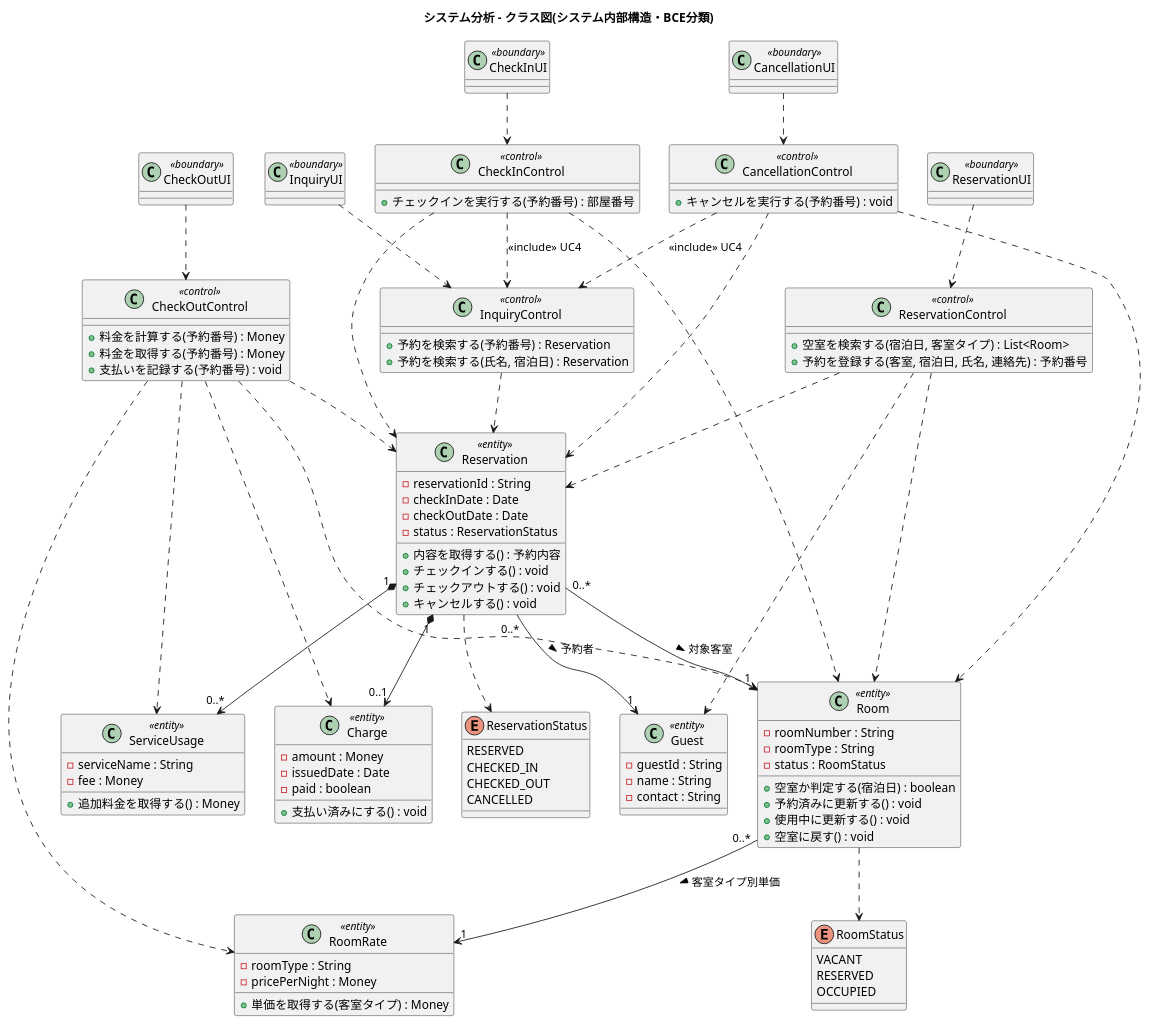
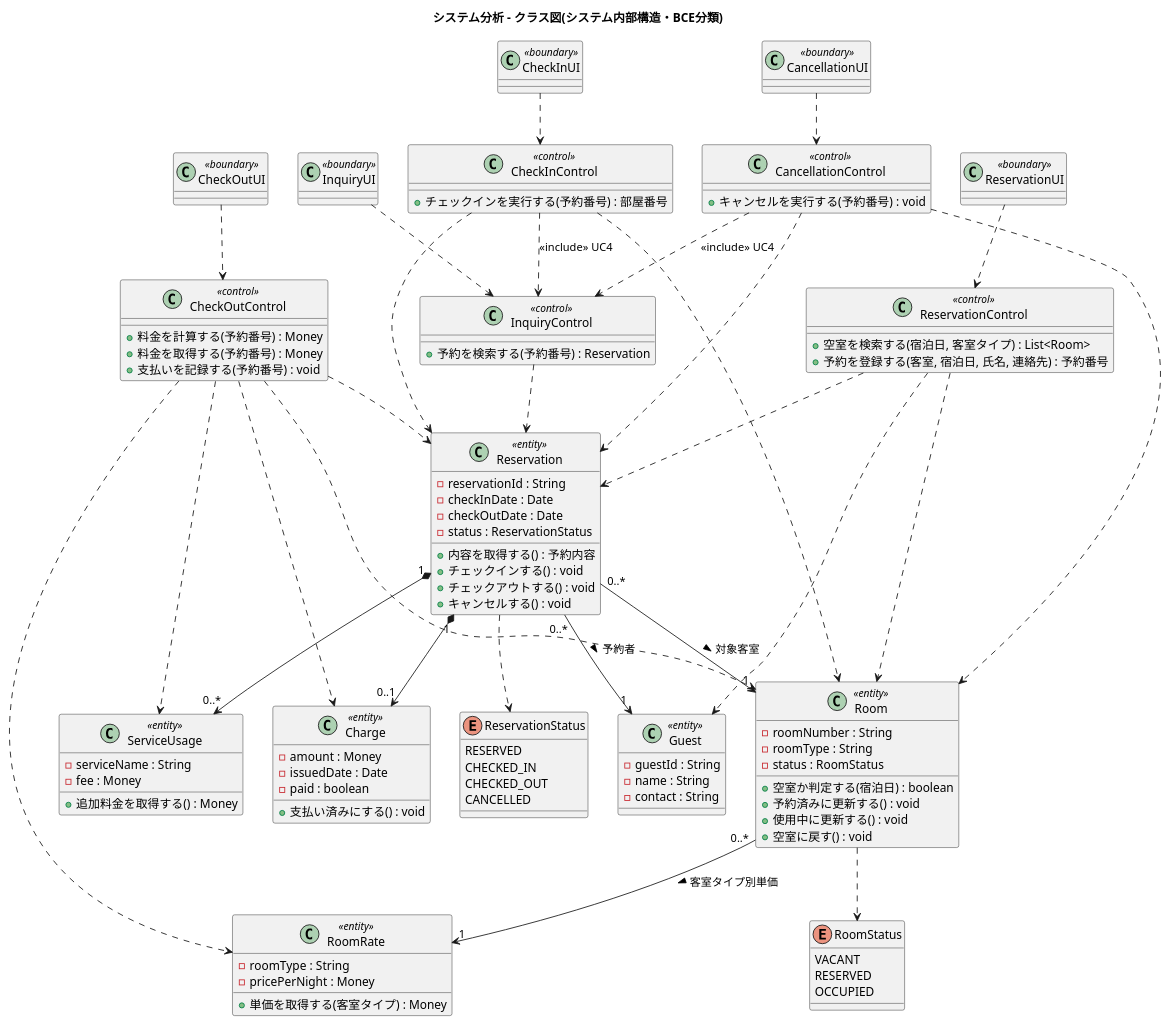
One commit to doguto/waseda-hrs changed the diagram in docs/uml/09_system_class_diagram.puml. Above: the diagram before and after it, drawn with PlantUML. The commit also changed 9 other files, not shown here.

First line of the commit message:
docs(uml): 裏付けのない代替フローを削除して整合させる

```diff
--- a/docs/uml/09_system_class_diagram.puml
+++ b/docs/uml/09_system_class_diagram.puml
@@ -1,133 +1,132 @@
 @startuml 09_system_class_diagram
 title システム分析 - クラス図(システム内部構造・BCE分類)
 
 ' アクター(利用者・フロント係)はシステム外部のためクラスとしては扱わない。
 ' Guestは利用者の「記録」を保持するエンティティ。
 ' 操作名はコラボレーション図(08a〜08e)のメッセージ名と一対一に対応させる。
 
 ' ===== バウンダリ =====
 class ReservationUI <<boundary>>
 class InquiryUI <<boundary>>
 class CheckInUI <<boundary>>
 class CheckOutUI <<boundary>>
 class CancellationUI <<boundary>>
 
 ' ===== コントロール =====
 class ReservationControl <<control>> {
   +空室を検索する(宿泊日, 客室タイプ) : List<Room>
   +予約を登録する(客室, 宿泊日, 氏名, 連絡先) : 予約番号
 }
 class InquiryControl <<control>> {
   +予約を検索する(予約番号) : Reservation
-  +予約を検索する(氏名, 宿泊日) : Reservation
 }
 class CheckInControl <<control>> {
   +チェックインを実行する(予約番号) : 部屋番号
 }
 class CheckOutControl <<control>> {
   +料金を計算する(予約番号) : Money
   +料金を取得する(予約番号) : Money
   +支払いを記録する(予約番号) : void
 }
 class CancellationControl <<control>> {
   +キャンセルを実行する(予約番号) : void
 }
 
 ' ===== エンティティ =====
 class Guest <<entity>> {
   -guestId : String
   -name : String
   -contact : String
 }
 class Reservation <<entity>> {
   -reservationId : String
   -checkInDate : Date
   -checkOutDate : Date
   -status : ReservationStatus
   +内容を取得する() : 予約内容
   +チェックインする() : void
   +チェックアウトする() : void
   +キャンセルする() : void
 }
 class Room <<entity>> {
   -roomNumber : String
   -roomType : String
   -status : RoomStatus
   +空室か判定する(宿泊日) : boolean
   +予約済みに更新する() : void
   +使用中に更新する() : void
   +空室に戻す() : void
 }
 class RoomRate <<entity>> {
   -roomType : String
   -pricePerNight : Money
   +単価を取得する(客室タイプ) : Money
 }
 class ServiceUsage <<entity>> {
   -serviceName : String
   -fee : Money
   +追加料金を取得する() : Money
 }
 class Charge <<entity>> {
   -amount : Money
   -issuedDate : Date
   -paid : boolean
   +支払い済みにする() : void
 }
 
 enum RoomStatus {
   VACANT
   RESERVED
   OCCUPIED
 }
 enum ReservationStatus {
   RESERVED
   CHECKED_IN
   CHECKED_OUT
   CANCELLED
 }
 
 ' ===== エンティティ間の関連(多重度はコラボレーション図のオブジェクト数と対応) =====
 ' 誘導可能性(矢印)は実装の参照方向に一致させる。いずれも一方向で、
 ' 逆向きに辿る必要のある操作は存在しない。
 '   Reservation → Guest / Room : Reservation が予約者と対象客室への参照を保持する
 '   Reservation → Charge / ServiceUsage : 予約を起点に請求・追加サービスを取得する
 '   Room → RoomRate : 客室タイプをキーに単価を引く
 Reservation "0..*" --> "1" Guest : 予約者 >
 Reservation "0..*" --> "1" Room : 対象客室 >
 ' Charge と ServiceUsage は予約に従属し、予約なしでは存在しえない
 ' (DBでも reservation_id が NOT NULL の外部キー)ため合成集約で表す。
 ' 一方 Guest・Room・RoomRate は予約と独立に存在するため単純な関連にとどめる。
 Reservation "1" *--> "0..1" Charge
 Reservation "1" *--> "0..*" ServiceUsage
 Room "0..*" --> "1" RoomRate : 客室タイプ別単価 >
 Room ..> RoomStatus
 Reservation ..> ReservationStatus
 
 ' ===== バウンダリ → コントロール =====
 ReservationUI ..> ReservationControl
 InquiryUI ..> InquiryControl
 CheckInUI ..> CheckInControl
 CheckOutUI ..> CheckOutControl
 CancellationUI ..> CancellationControl
 
 ' ===== コントロール → コントロール(ユースケースのinclude) =====
 CheckInControl ..> InquiryControl : <<include>> UC4
 CancellationControl ..> InquiryControl : <<include>> UC4
 
 ' ===== コントロール → エンティティ =====
 ReservationControl ..> Room
 ReservationControl ..> Guest
 ReservationControl ..> Reservation
 InquiryControl ..> Reservation
 CheckInControl ..> Reservation
 CheckInControl ..> Room
 CheckOutControl ..> Reservation
 CheckOutControl ..> RoomRate
 CheckOutControl ..> ServiceUsage
 CheckOutControl ..> Charge
 CheckOutControl ..> Room
 CancellationControl ..> Reservation
 CancellationControl ..> Room
 
 @enduml
```
